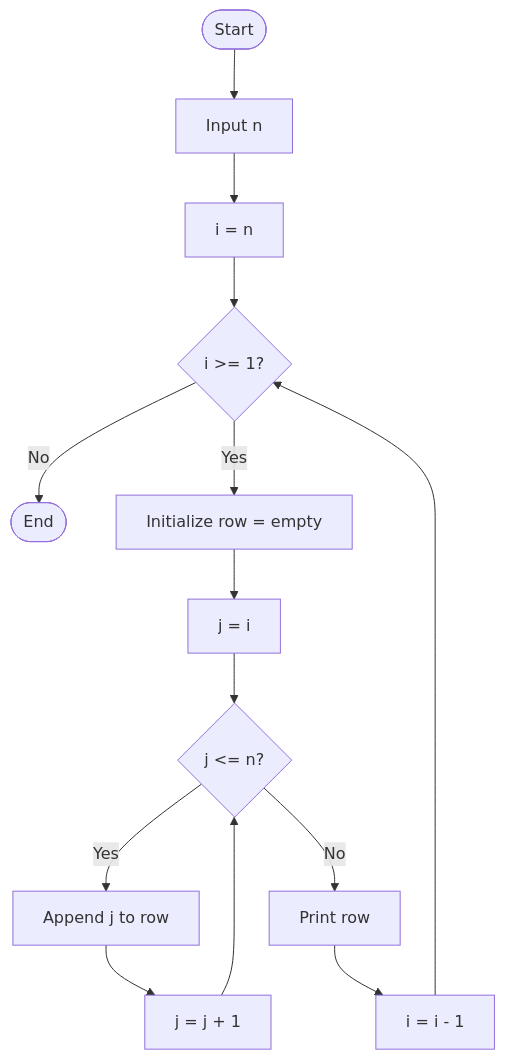
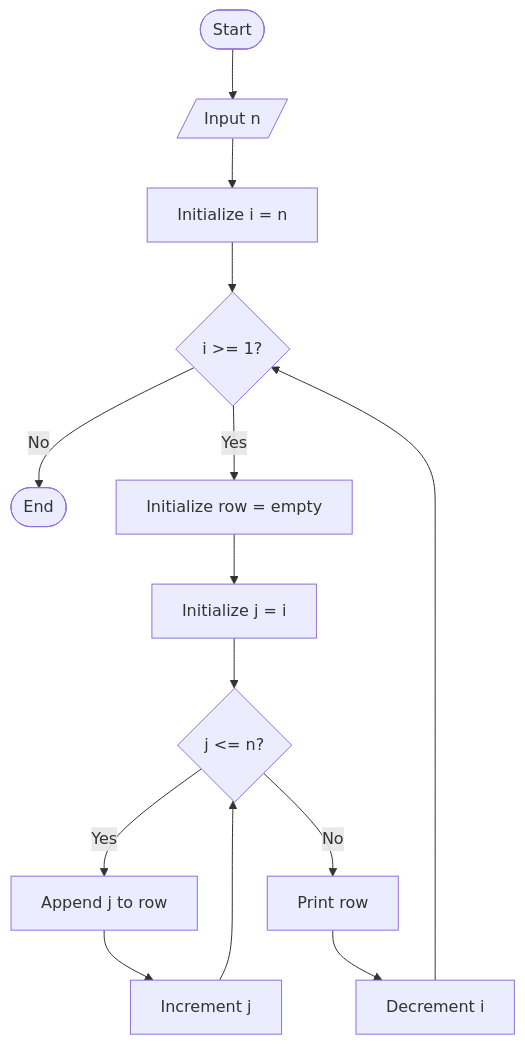
One commit to accio-hyd/JS2-test-questions changed the first of 11 diagrams in README.md. Above: the diagram before and after it, drawn with Mermaid. The commit also changed other lines of this file, not shown here.

````diff
--- a/README.md
+++ b/README.md
@@ -97,16 +98,16 @@
 ```mermaid
 flowchart TD
-    A([Start]) --> B[Input n]
-    B --> C[i = n]
-    C --> D{i >= 1?}
-    D -- No --> H([End])
-    D -- Yes --> E[Initialize row = empty]
-    E --> F[j = i]
-    F --> G{j <= n?}
-    G -- Yes --> I[Append j to row]
-    I --> J[j = j + 1]
+    A([Start]) --> B[/Input n/]
+    B --> C["Initialize i = n"]
+    C --> D{"i >= 1?"}
+    D -->|No| H([End])
+    D -->|Yes| E["Initialize row = empty"]
+    E --> F["Initialize j = i"]
+    F --> G{"j <= n?"}
+    G -->|Yes| I["Append j to row"]
+    I --> J["Increment j"]
     J --> G
-    G -- No --> K[Print row]
-    K --> L[i = i - 1]
+    G -->|No| K["Print row"]
+    K --> L["Decrement i"]
     L --> D
 ```
````
